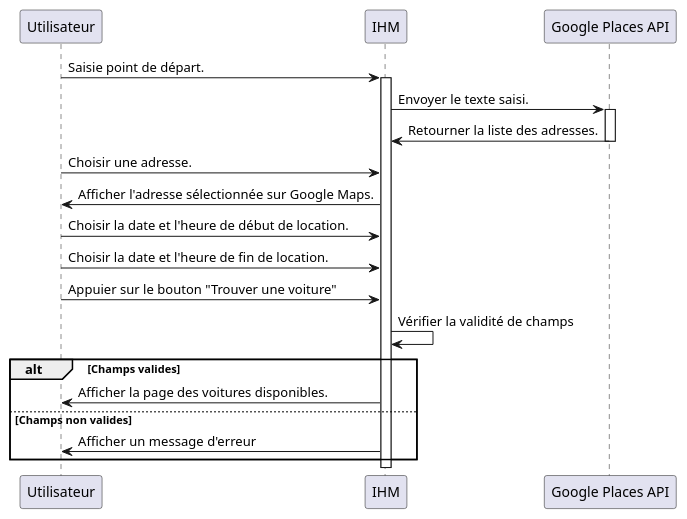
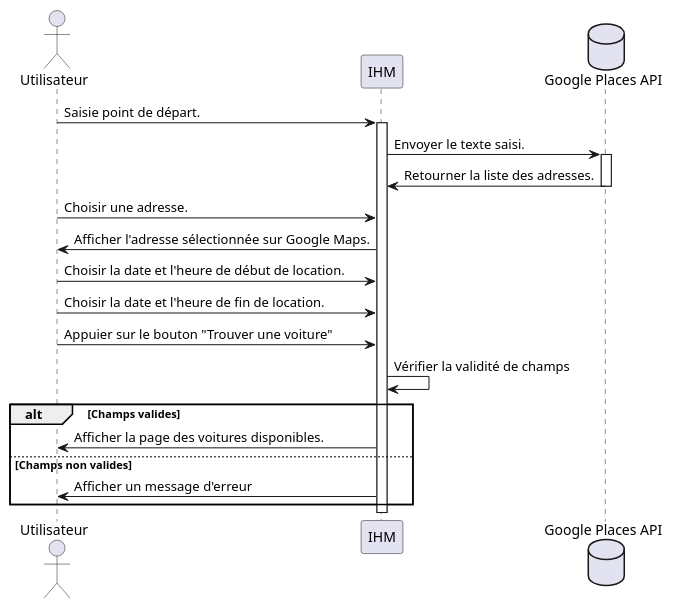
One commit to AlaaAbdelbaki/rapportPFE changed the second of 8 diagrams in images/uml/diag.puml. Above: the diagram before and after it, drawn with PlantUML. The commit also changed other lines of this file and 18 other files, not shown here.

```diff
--- a/images/uml/diag.puml
+++ b/images/uml/diag.puml
@@ -48,16 +48,20 @@
 @startuml rent a car
+
+actor Utilisateur as Utilisateur
+participant IHM as IHM
+database "Google Places API" as places
 Utilisateur -> IHM ++: Saisie point de départ. 
-IHM -> "Google Places API" ++: Envoyer le texte saisi.
-"Google Places API" -> IHM --: Retourner la liste des adresses.
+IHM -> places ++: Envoyer le texte saisi.
+places -> IHM --: Retourner la liste des adresses.
 Utilisateur -> IHM : Choisir une adresse.
 IHM -> Utilisateur : Afficher l'adresse sélectionnée sur Google Maps.
 Utilisateur -> IHM : Choisir la date et l'heure de début de location.
 Utilisateur -> IHM : Choisir la date et l'heure de fin de location.
 Utilisateur -> IHM : Appuier sur le bouton "Trouver une voiture"
 IHM -> IHM : Vérifier la validité de champs 
 alt Champs valides
 IHM -> Utilisateur : Afficher la page des voitures disponibles.
 else Champs non valides
 IHM -> Utilisateur : Afficher un message d'erreur
 end 
 @enduml
```
